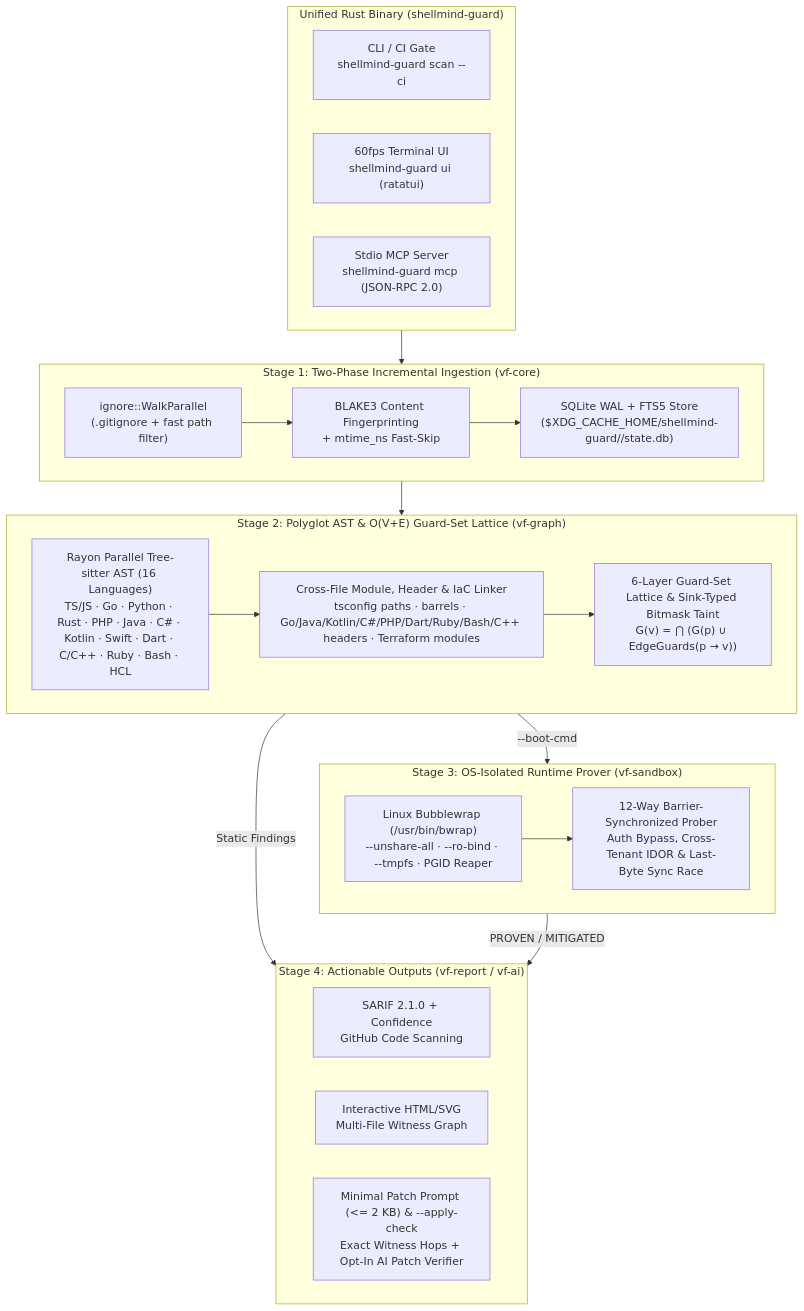
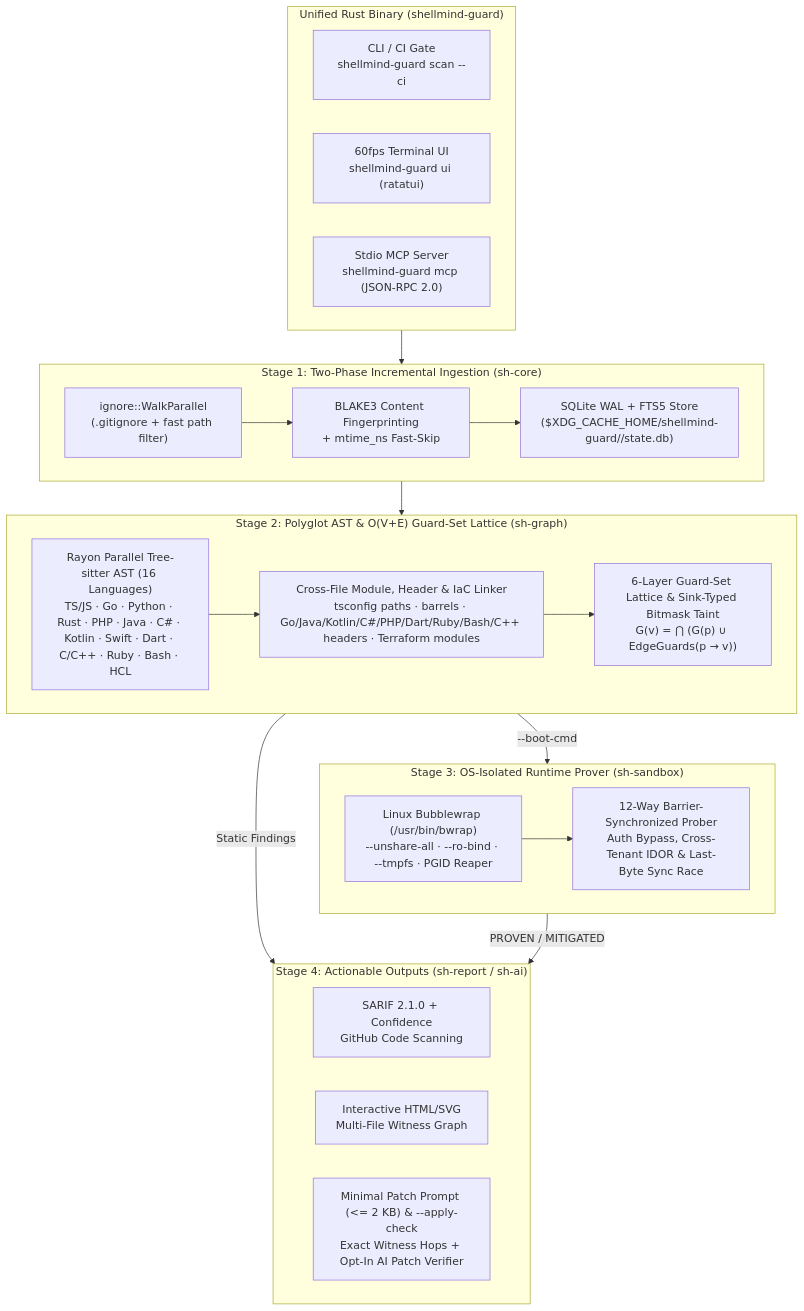
One commit to qira-dev/ShellMind-Guard changed the diagram in README.md. Above: the diagram before and after it, drawn with Mermaid. The commit also changed other lines of this file and 84 other files, not shown here.

Commit message:
refactor(branding): rename internal vf-* crates to sh-* (sh-core, sh-graph, sh-sandbox, sh-report, sh-tui, sh-ai)

````diff
--- a/README.md
+++ b/README.md
@@ -43,39 +43,39 @@
 ```mermaid
 flowchart TD
     subgraph CLI["Unified Rust Binary (shellmind-guard)"]
         A1["CLI / CI Gate\nshellmind-guard scan --ci"]
         A2["60fps Terminal UI\nshellmind-guard ui (ratatui)"]
         A3["Stdio MCP Server\nshellmind-guard mcp (JSON-RPC 2.0)"]
     end
 
-    subgraph S1["Stage 1: Two-Phase Incremental Ingestion (vf-core)"]
+    subgraph S1["Stage 1: Two-Phase Incremental Ingestion (sh-core)"]
         B1["ignore::WalkParallel\n(.gitignore + fast path filter)"]
         B2["BLAKE3 Content Fingerprinting\n+ mtime_ns Fast-Skip"]
         B3["SQLite WAL + FTS5 Store\n($XDG_CACHE_HOME/shellmind-guard/<hash>/state.db)"]
         B1 --> B2 --> B3
     end
 
-    subgraph S2["Stage 2: Polyglot AST & O(V+E) Guard-Set Lattice (vf-graph)"]
+    subgraph S2["Stage 2: Polyglot AST & O(V+E) Guard-Set Lattice (sh-graph)"]
         C1["Rayon Parallel Tree-sitter AST (16 Languages)\nTS/JS · Go · Python · Rust · PHP · Java · C# · Kotlin · Swift · Dart · C/C++ · Ruby · Bash · HCL"]
         C2["Cross-File Module, Header & IaC Linker\ntsconfig paths · barrels · Go/Java/Kotlin/C#/PHP/Dart/Ruby/Bash/C++ headers · Terraform modules"]
         C3["6-Layer Guard-Set Lattice & Sink-Typed Bitmask Taint\nG(v) = ⋂ (G(p) ∪ EdgeGuards(p → v))"]
         C1 --> C2 --> C3
     end
 
-    subgraph S3["Stage 3: OS-Isolated Runtime Prover (vf-sandbox)"]
+    subgraph S3["Stage 3: OS-Isolated Runtime Prover (sh-sandbox)"]
         D1["Linux Bubblewrap (/usr/bin/bwrap)\n--unshare-all · --ro-bind · --tmpfs · PGID Reaper"]
         D2["12-Way Barrier-Synchronized Prober\nAuth Bypass, Cross-Tenant IDOR & Last-Byte Sync Race"]
         D1 --> D2
     end
 
-    subgraph S4["Stage 4: Actionable Outputs (vf-report / vf-ai)"]
+    subgraph S4["Stage 4: Actionable Outputs (sh-report / sh-ai)"]
         E1["SARIF 2.1.0 + Confidence\nGitHub Code Scanning"]
         E2["Interactive HTML/SVG\nMulti-File Witness Graph"]
         E3["Minimal Patch Prompt (<= 2 KB) & --apply-check\nExact Witness Hops + Opt-In AI Patch Verifier"]
     end
 
     CLI --> S1 --> S2
     S2 -->|"Static Findings"| S4
     S2 -->|"--boot-cmd"| S3
     S3 -->|"PROVEN / MITIGATED"| S4
 ```
````
